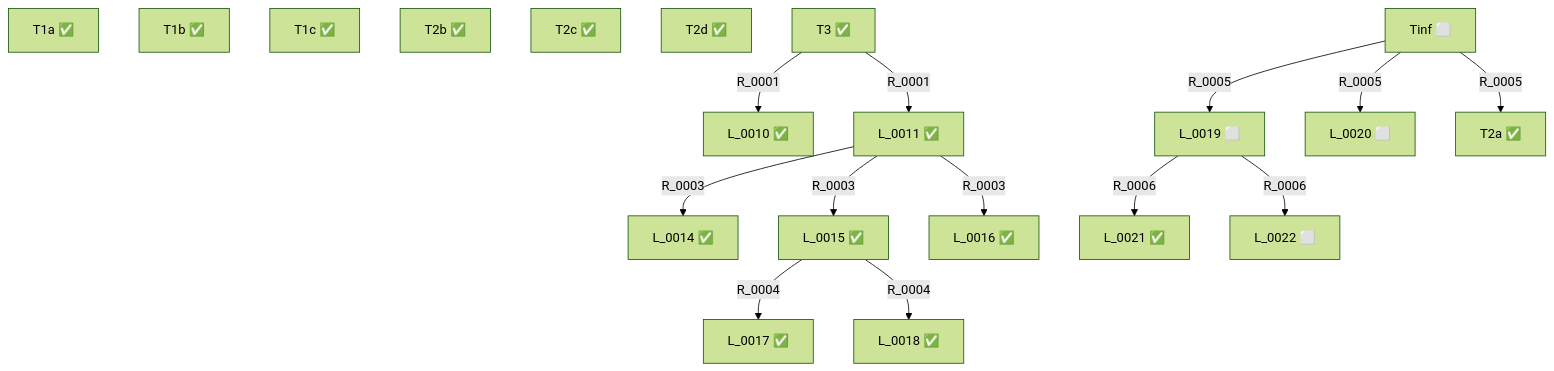
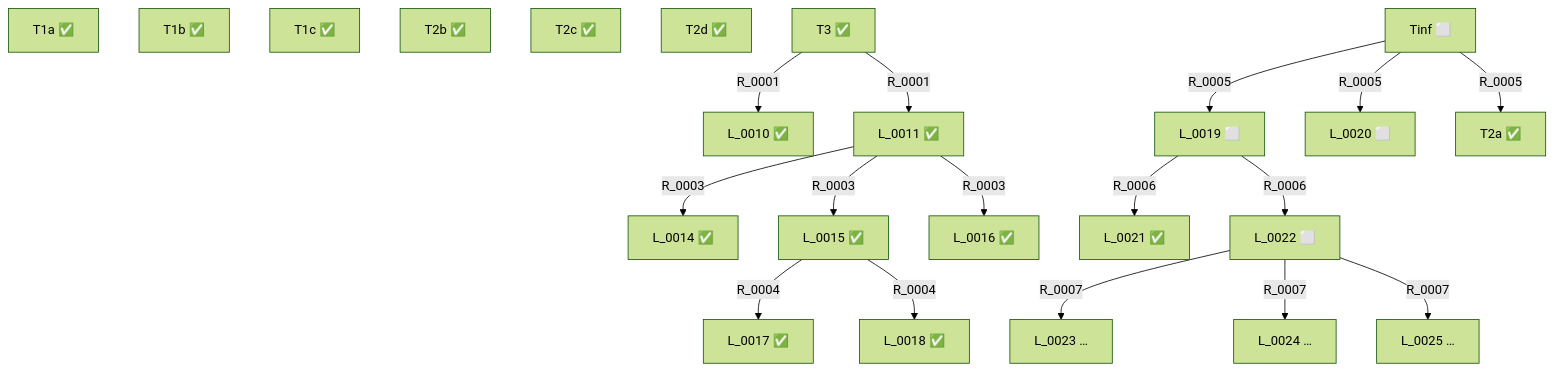
The diagram in STATUS.md (ruca-maths/nickel), drawn with Mermaid (forest theme) before and after one commit. The commit also changed other lines of this file and 2 other files, not shown here.

````diff
--- a/STATUS.md
+++ b/STATUS.md
@@ -38,35 +41,41 @@
 ```mermaid
 graph TD
   L_0001["T1a ✅"]
   L_0002["T1b ✅"]
   L_0003["T1c ✅"]
   L_0004["T2a ✅"]
   L_0005["T2b ✅"]
   L_0006["T2c ✅"]
   L_0007["T2d ✅"]
   L_0008["T3 ✅"]
   L_0009["Tinf ⬜"]
   L_0010["L_0010 ✅"]
   L_0011["L_0011 ✅"]
   L_0014["L_0014 ✅"]
   L_0015["L_0015 ✅"]
   L_0016["L_0016 ✅"]
   L_0017["L_0017 ✅"]
   L_0018["L_0018 ✅"]
   L_0019["L_0019 ⬜"]
   L_0020["L_0020 ⬜"]
   L_0021["L_0021 ✅"]
   L_0022["L_0022 ⬜"]
+  L_0023["L_0023 …"]
+  L_0024["L_0024 …"]
+  L_0025["L_0025 …"]
   L_0008 -->|R_0001| L_0010
   L_0008 -->|R_0001| L_0011
   L_0011 -->|R_0003| L_0014
   L_0011 -->|R_0003| L_0015
   L_0011 -->|R_0003| L_0016
   L_0015 -->|R_0004| L_0017
   L_0015 -->|R_0004| L_0018
   L_0009 -->|R_0005| L_0019
   L_0009 -->|R_0005| L_0020
   L_0009 -->|R_0005| L_0004
   L_0019 -->|R_0006| L_0021
   L_0019 -->|R_0006| L_0022
+  L_0022 -->|R_0007| L_0023
+  L_0022 -->|R_0007| L_0024
+  L_0022 -->|R_0007| L_0025
 ```
````
